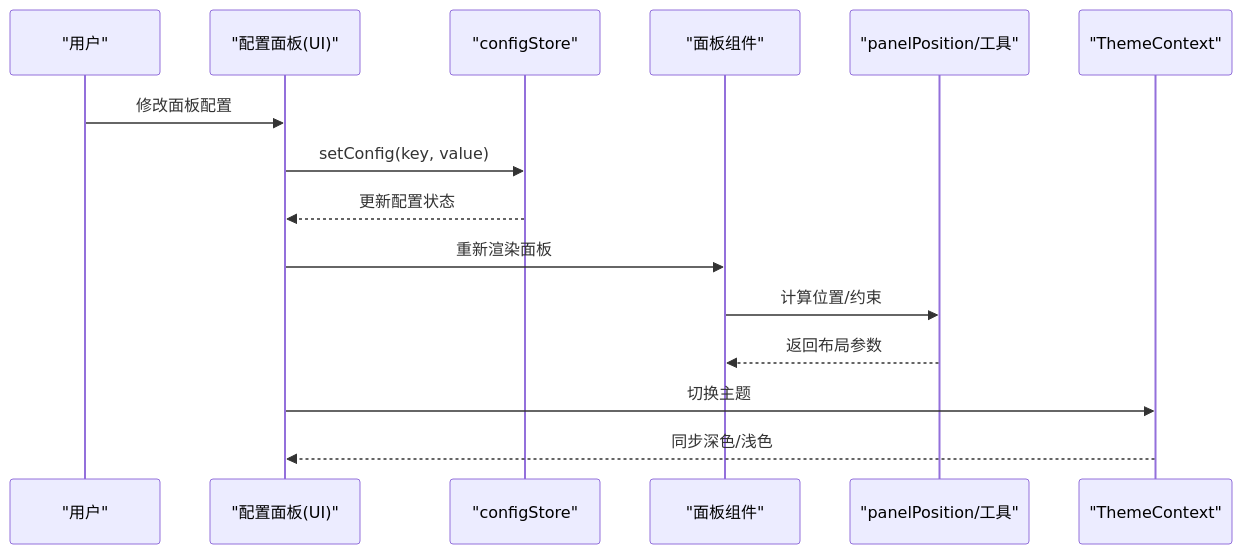
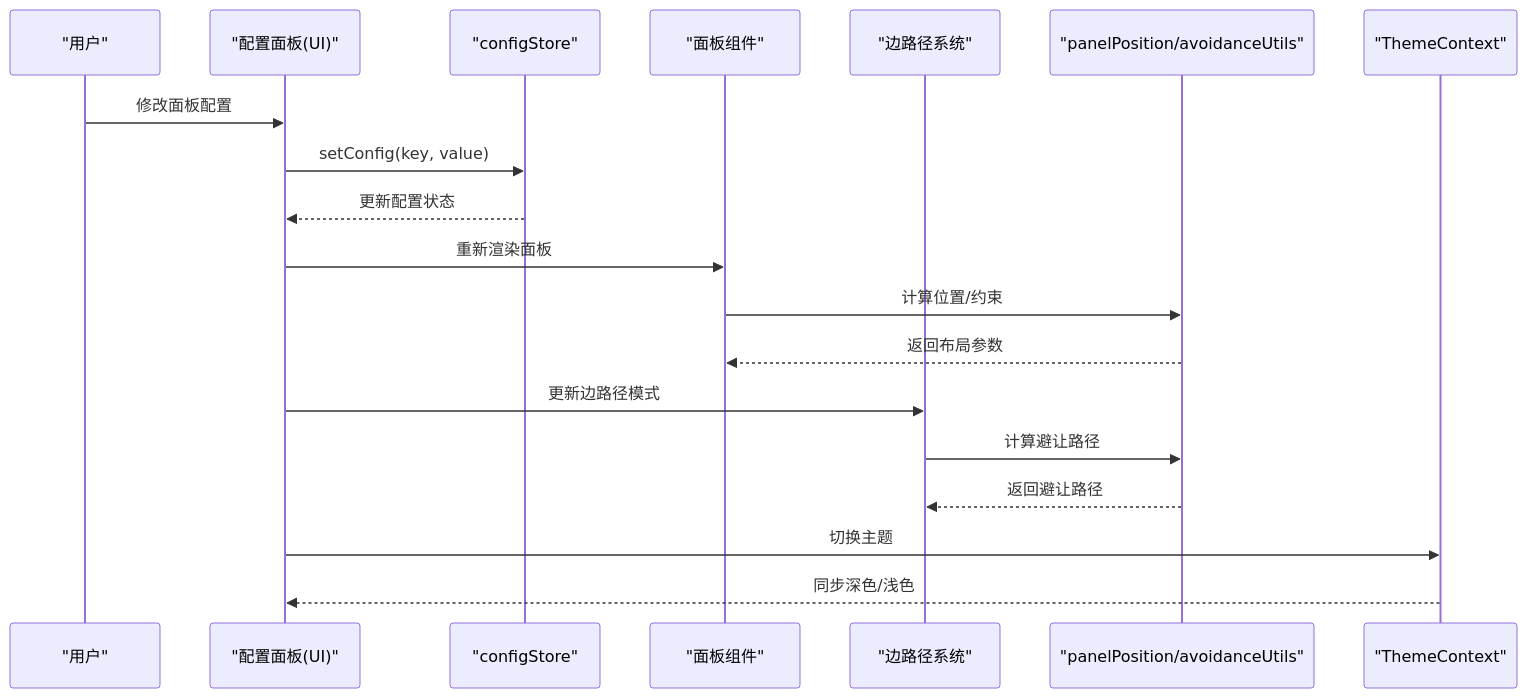
One commit to kqcoxn/MaaPipelineEditor changed the second of 11 diagrams in .qoder/repowiki/zh/content/用户界面/面板系统/配置面板/面板配置区域.md. Above: the diagram before and after it, drawn with Mermaid. The commit also changed other lines of this file and 19 other files, not shown here.

````diff
--- a/.qoder/repowiki/zh/content/用户界面/面板系统/配置面板/面板配置区域.md
+++ b/.qoder/repowiki/zh/content/用户界面/面板系统/配置面板/面板配置区域.md
@@ -121,17 +151,21 @@
 ```mermaid
 sequenceDiagram
 participant User as "用户"
 participant UI as "配置面板(UI)"
 participant Store as "configStore"
 participant Panel as "面板组件"
-participant Utils as "panelPosition/工具"
+participant Edges as "边路径系统"
+participant Utils as "panelPosition/avoidanceUtils"
 participant Theme as "ThemeContext"
 User->>UI : 修改面板配置
 UI->>Store : setConfig(key, value)
 Store-->>UI : 更新配置状态
 UI->>Panel : 重新渲染面板
 Panel->>Utils : 计算位置/约束
 Utils-->>Panel : 返回布局参数
+UI->>Edges : 更新边路径模式
+Edges->>Utils : 计算避让路径
+Utils-->>Edges : 返回避让路径
 UI->>Theme : 切换主题
 Theme-->>UI : 同步深色/浅色
 ```
````
